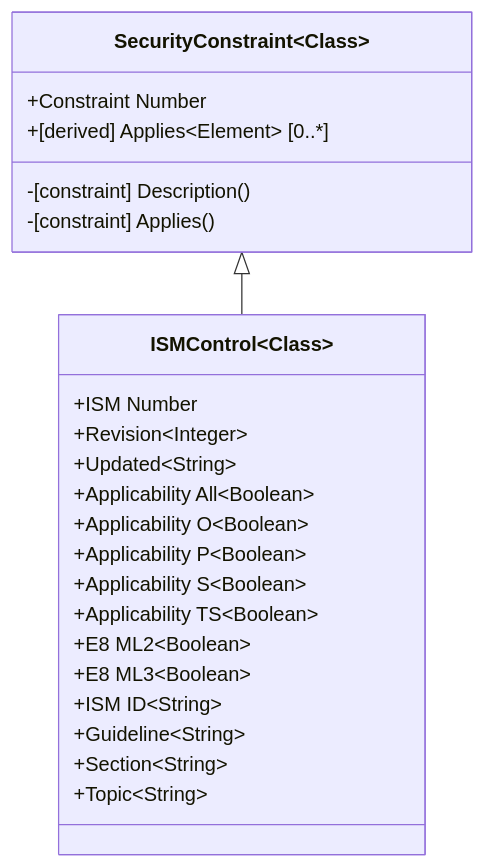
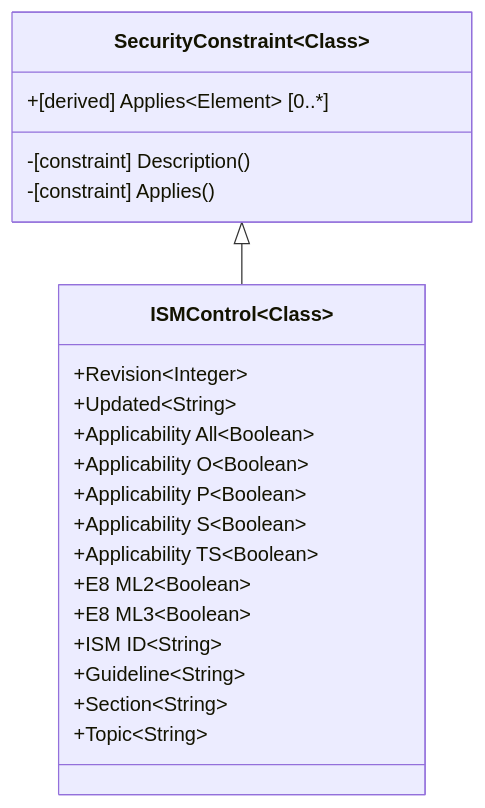
One commit to stuartfowler/CEMT changed diagram 32 of 49 in Documentation/stereotypes.md. Above: the diagram before and after it, drawn with Mermaid. The commit also changed other lines of this file and 11 other files, not shown here.

````diff
--- a/Documentation/stereotypes.md
+++ b/Documentation/stereotypes.md
@@ -715,26 +734,24 @@
 ```mermaid
     classDiagram
         class SecurityConstraint~Class~ {
-            +Constraint Number
             +[derived] Applies~Element~ [0..*]
             -[constraint] Description()
             -[constraint] Applies()
         }
         class ISMControl~Class~ {
-            +ISM Number
             +Revision~Integer~
             +Updated~String~
             +Applicability All~Boolean~
             +Applicability O~Boolean~
             +Applicability P~Boolean~
             +Applicability S~Boolean~
             +Applicability TS~Boolean~
             +E8 ML2~Boolean~
             +E8 ML3~Boolean~
             +ISM ID~String~
             +Guideline~String~
             +Section~String~
             +Topic~String~
         }
         SecurityConstraint~Class~ <|-- ISMControl~Class~
 ```
````
